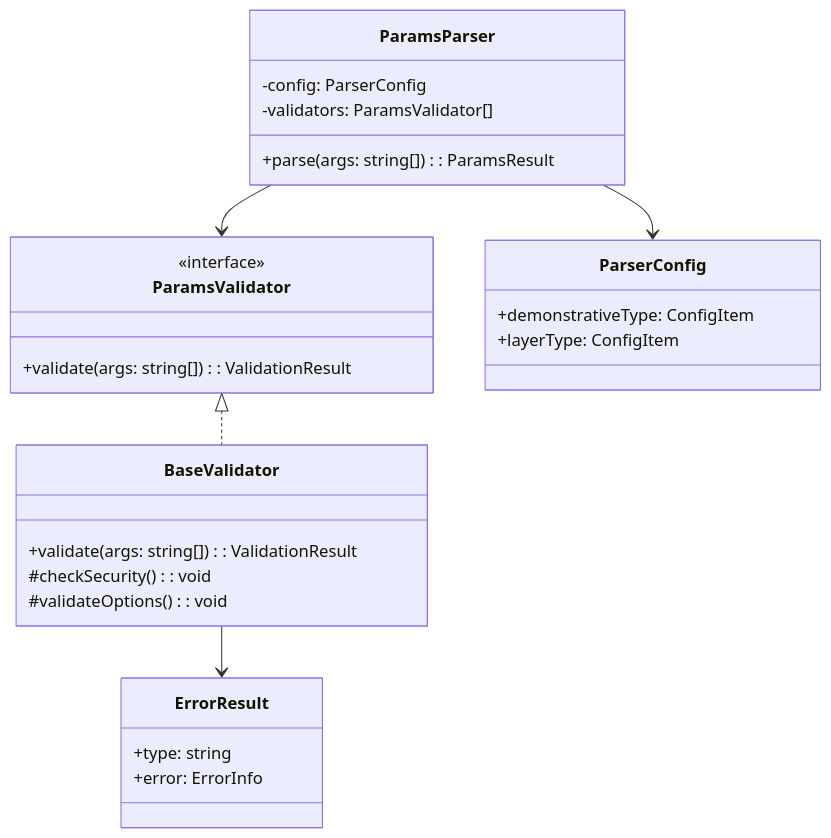
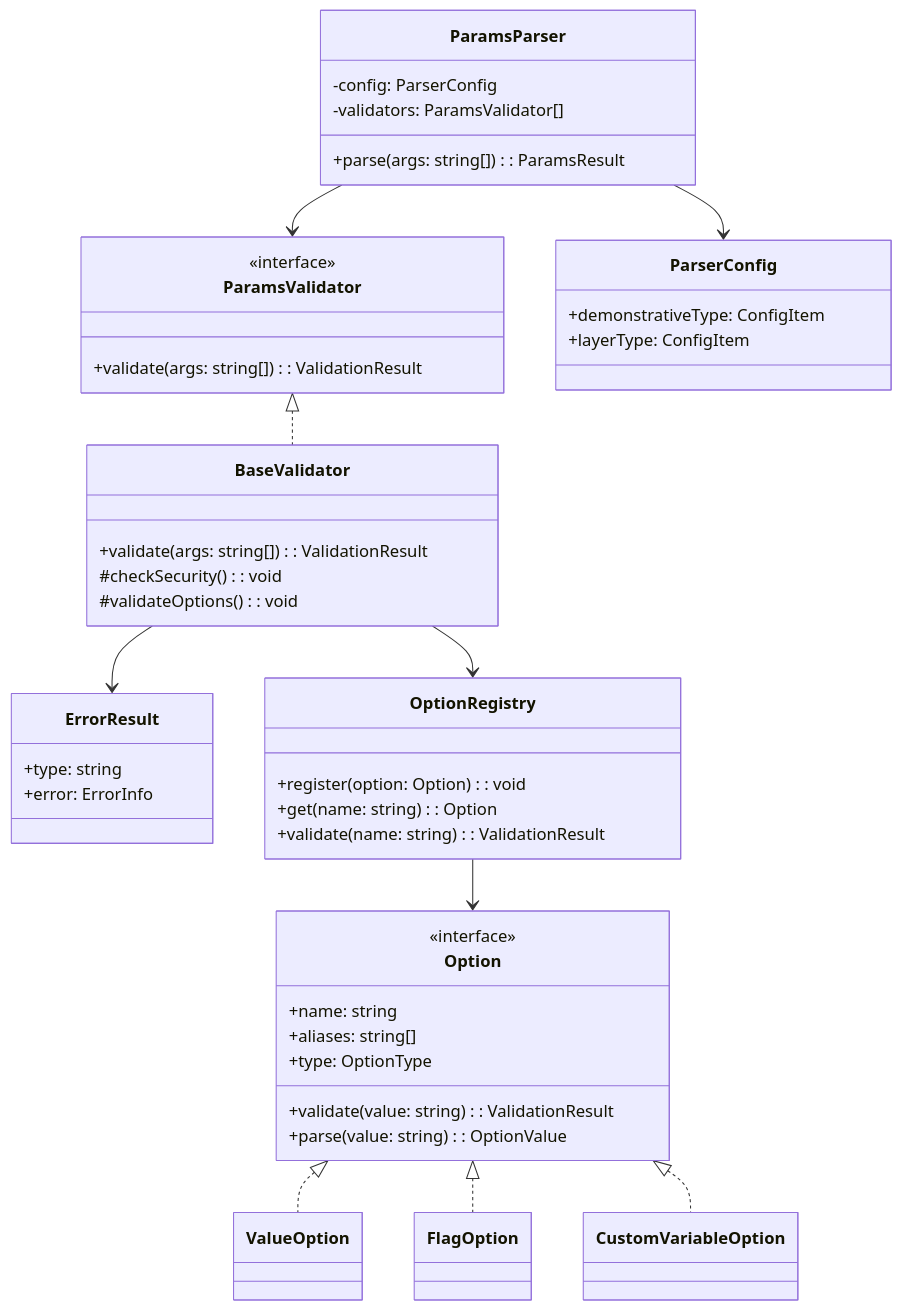
The ninth of 10 diagrams in docs/architecture/layer2_diagrams.ja.md (tettuan/breakdownparams), drawn with Mermaid before and after one commit. The commit also changed other lines of this file and 123 other files, not shown here.

Commit message:
feat: implement option system architecture - Add option types, registry, tests and update docs

````diff
--- a/docs/architecture/layer2_diagrams.ja.md
+++ b/docs/architecture/layer2_diagrams.ja.md
@@ -133,34 +190,54 @@
 ```mermaid
 classDiagram
     class ParamsParser {
         +parse(args: string[]): ParamsResult
         -config: ParserConfig
         -validators: ParamsValidator[]
     }
     
     class ParamsValidator {
         <<interface>>
         +validate(args: string[]): ValidationResult
     }
     
     class BaseValidator {
         +validate(args: string[]): ValidationResult
         #checkSecurity(): void
         #validateOptions(): void
     }
     
     class ParserConfig {
         +demonstrativeType: ConfigItem
         +layerType: ConfigItem
     }
     
     class ErrorResult {
         +type: string
         +error: ErrorInfo
     }
     
+    class Option {
+        <<interface>>
+        +name: string
+        +aliases: string[]
+        +type: OptionType
+        +validate(value: string): ValidationResult
+        +parse(value: string): OptionValue
+    }
+    
+    class OptionRegistry {
+        +register(option: Option): void
+        +get(name: string): Option
+        +validate(name: string): ValidationResult
+    }
+    
     ParamsParser --> ParserConfig
     ParamsParser --> ParamsValidator
     ParamsValidator <|.. BaseValidator
     BaseValidator --> ErrorResult
+    BaseValidator --> OptionRegistry
+    OptionRegistry --> Option
+    Option <|.. ValueOption
+    Option <|.. FlagOption
+    Option <|.. CustomVariableOption
 ```
````
